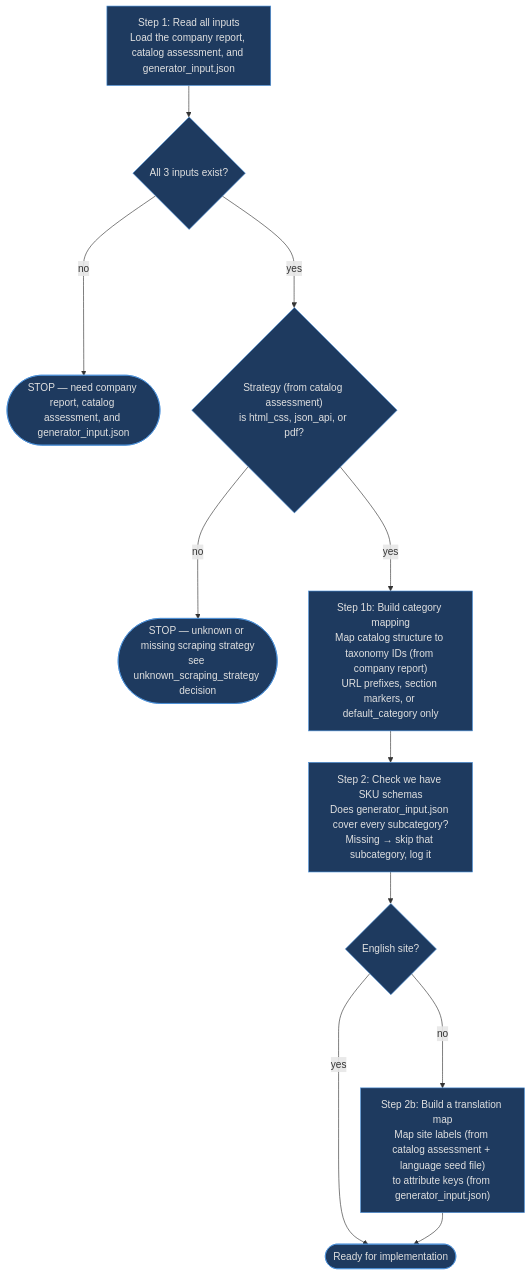
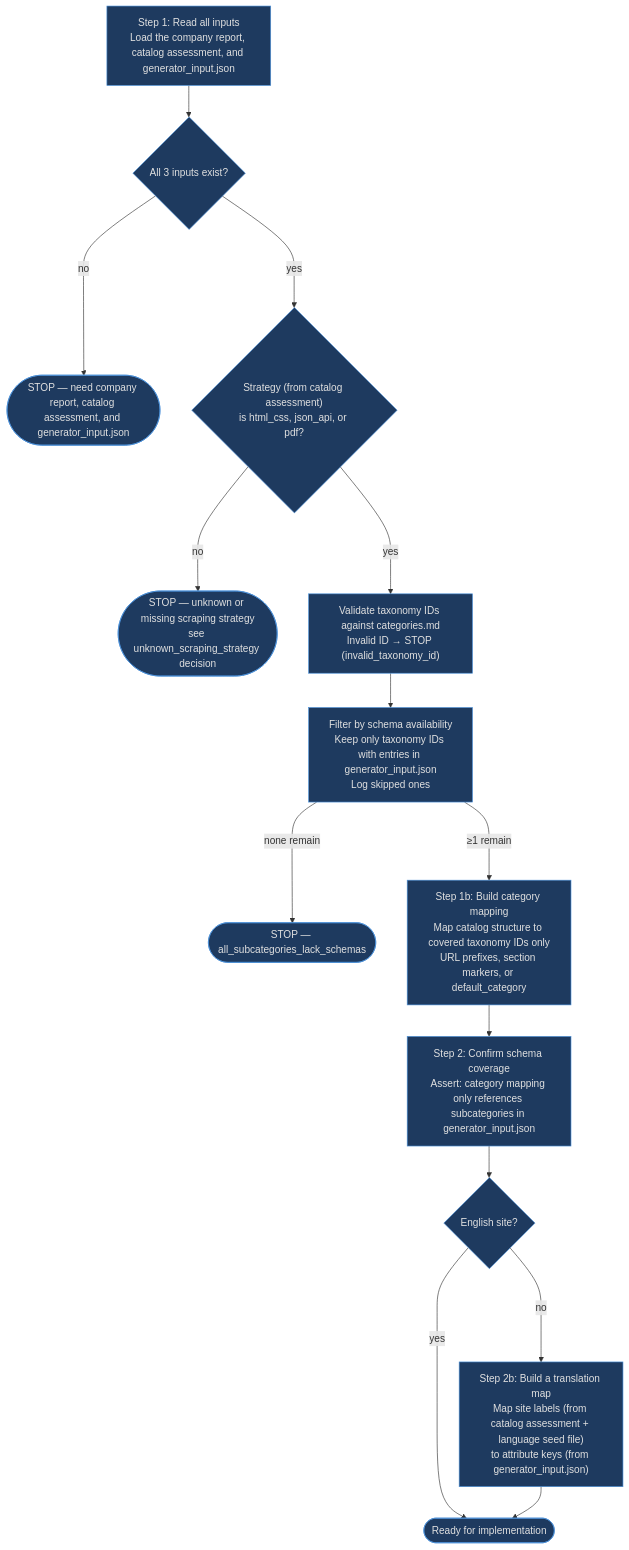
Before and after one commit to oginskis/dark-factory: the first of 3 diagrams in .claude/skills/scraper-generator/references/orchestrator.md, drawn with Mermaid. The commit also changed other lines of this file and 4 other files, not shown here.

First line of the commit message:
SKU schema enforcement: skip subcategories without schemas, add taxonomy validation

````diff
--- a/.claude/skills/scraper-generator/references/orchestrator.md
+++ b/.claude/skills/scraper-generator/references/orchestrator.md
@@ -59,15 +59,18 @@
 ```mermaid
 flowchart TD
     S1["Step 1: Read all inputs<br/>Load the company report, catalog assessment, and generator_input.json"]
     S1 --> INPUTS{"All 3 inputs exist?"}
     INPUTS --->|no| E1(["STOP — need company report, catalog assessment, and generator_input.json"])
     INPUTS --->|yes| STRAT{"Strategy (from catalog assessment)<br/>is html_css, json_api, or pdf?"}
     STRAT --->|no| E2(["STOP — unknown or missing scraping strategy<br/>see unknown_scraping_strategy decision"])
-    STRAT --->|yes| S1b["Step 1b: Build category mapping<br/>Map catalog structure to taxonomy IDs (from company report)<br/>URL prefixes, section markers, or default_category only"]
-    S1b --> S2["Step 2: Check we have SKU schemas<br/>Does generator_input.json cover every subcategory?<br/>Missing → skip that subcategory, log it"]
+    STRAT --->|yes| VALIDATE["Validate taxonomy IDs against categories.md<br/>Invalid ID → STOP (invalid_taxonomy_id)"]
+    VALIDATE --> FILTER["Filter by schema availability<br/>Keep only taxonomy IDs with entries in generator_input.json<br/>Log skipped ones"]
+    FILTER --->|none remain| E3(["STOP — all_subcategories_lack_schemas"])
+    FILTER --->|≥1 remain| S1b["Step 1b: Build category mapping<br/>Map catalog structure to covered taxonomy IDs only<br/>URL prefixes, section markers, or default_category"]
+    S1b --> S2["Step 2: Confirm schema coverage<br/>Assert: category mapping only references subcategories in generator_input.json"]
     S2 --> LANG{"English site?"}
     LANG --->|yes| READY(["Ready for implementation"])
     LANG --->|no| S2b["Step 2b: Build a translation map<br/>Map site labels (from catalog assessment + language seed file)<br/>to attribute keys (from generator_input.json)"]
     S2b --> READY
     classDef default fill:#1e3a5f,stroke:#4a90d9,color:#e0e0e0
 ```
````
